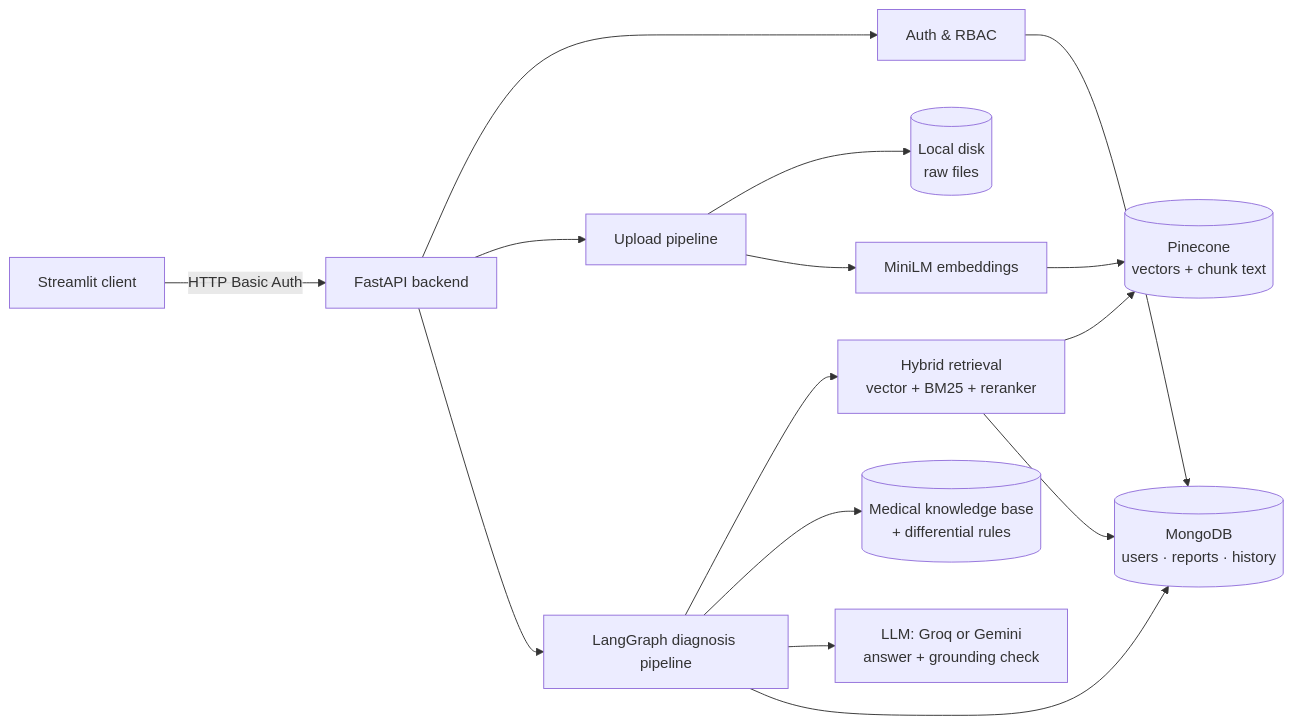
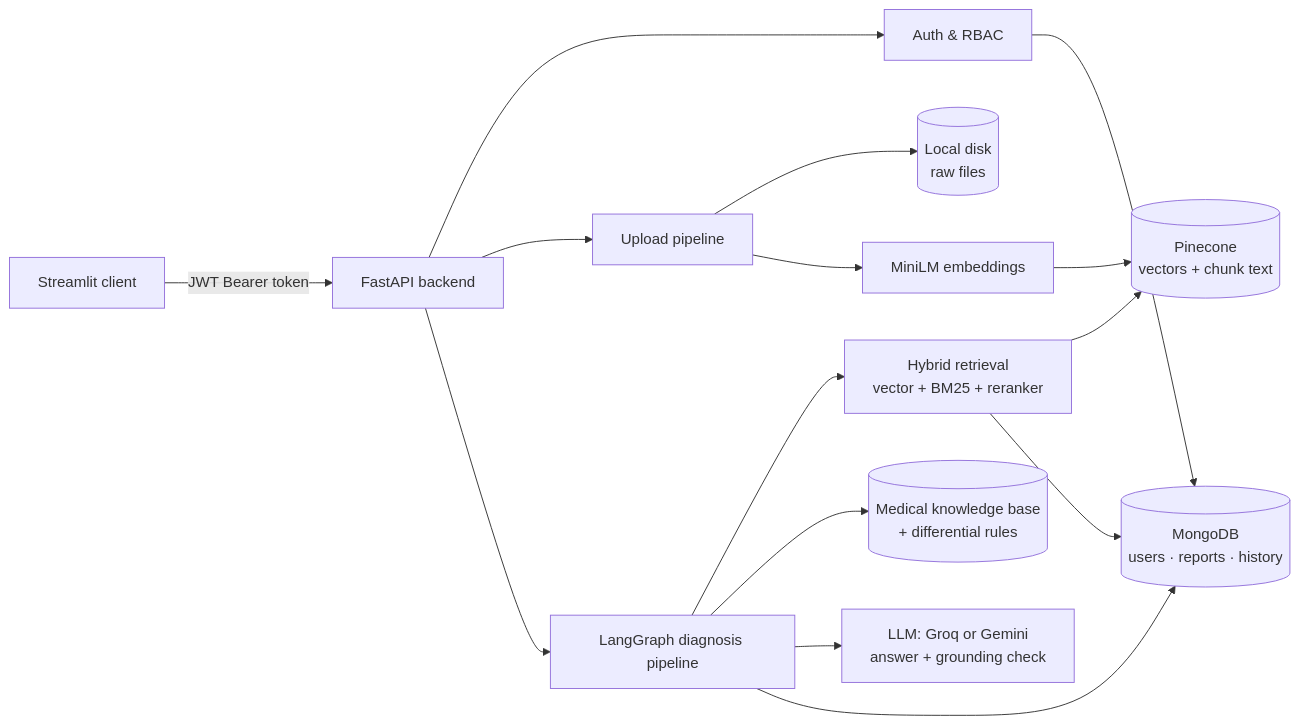
Before and after one commit to Ja9035i/Medical_Report_Diagnosis: the diagram in README.md, drawn with Mermaid. The commit also changed other lines of this file, not shown here.

Commit message:
docs: document JWT login and evaluation results

````diff
--- a/README.md
+++ b/README.md
@@ -41,17 +43,17 @@
 ```mermaid
 flowchart LR
-    UI[Streamlit client] -- HTTP Basic Auth --> API[FastAPI backend]
+    UI[Streamlit client] -- JWT Bearer token --> API[FastAPI backend]
     API --> AUTH[Auth & RBAC]
     AUTH --> MDB[(MongoDB<br/>users · reports · history)]
     API --> UP[Upload pipeline]
     UP --> DISK[(Local disk<br/>raw files)]
     UP --> EMB[MiniLM embeddings]
     EMB --> PC[(Pinecone<br/>vectors + chunk text)]
     API --> G[LangGraph diagnosis pipeline]
     G --> R[Hybrid retrieval<br/>vector + BM25 + reranker]
     R --> PC
     R --> MDB
     G --> KB[(Medical knowledge base<br/>+ differential rules)]
     G --> LLM[LLM: Groq or Gemini<br/>answer + grounding check]
     G --> MDB
 ```
````
